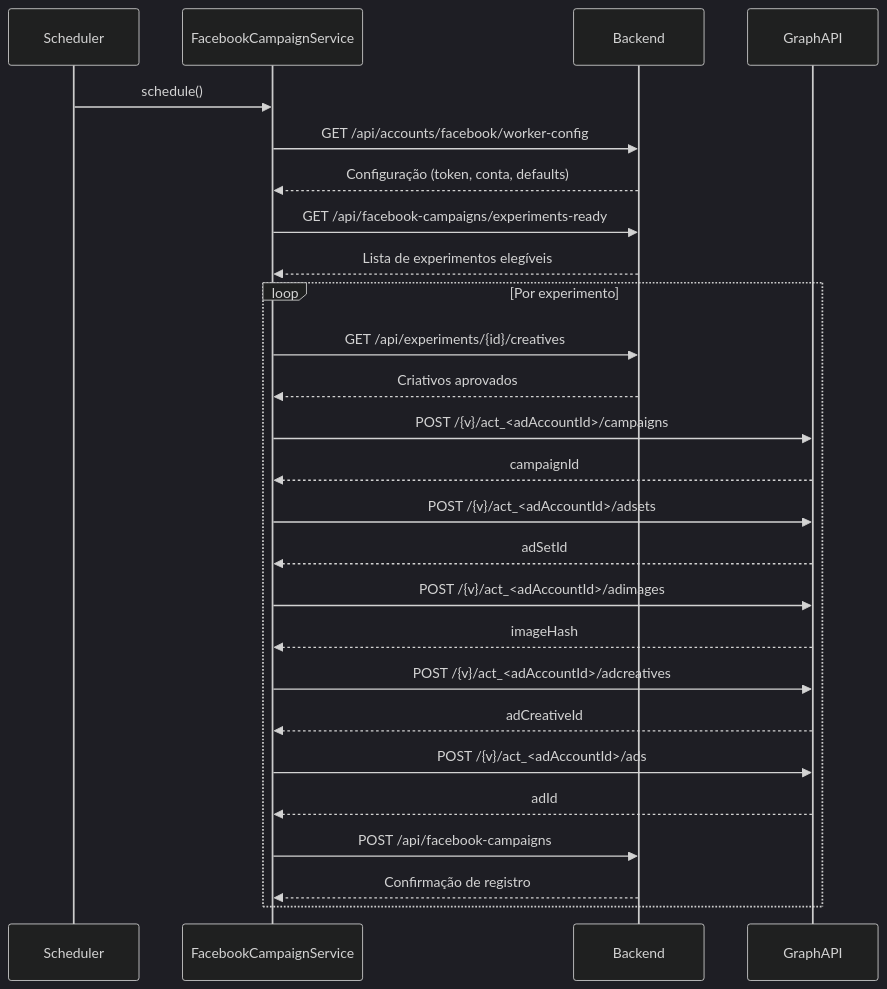
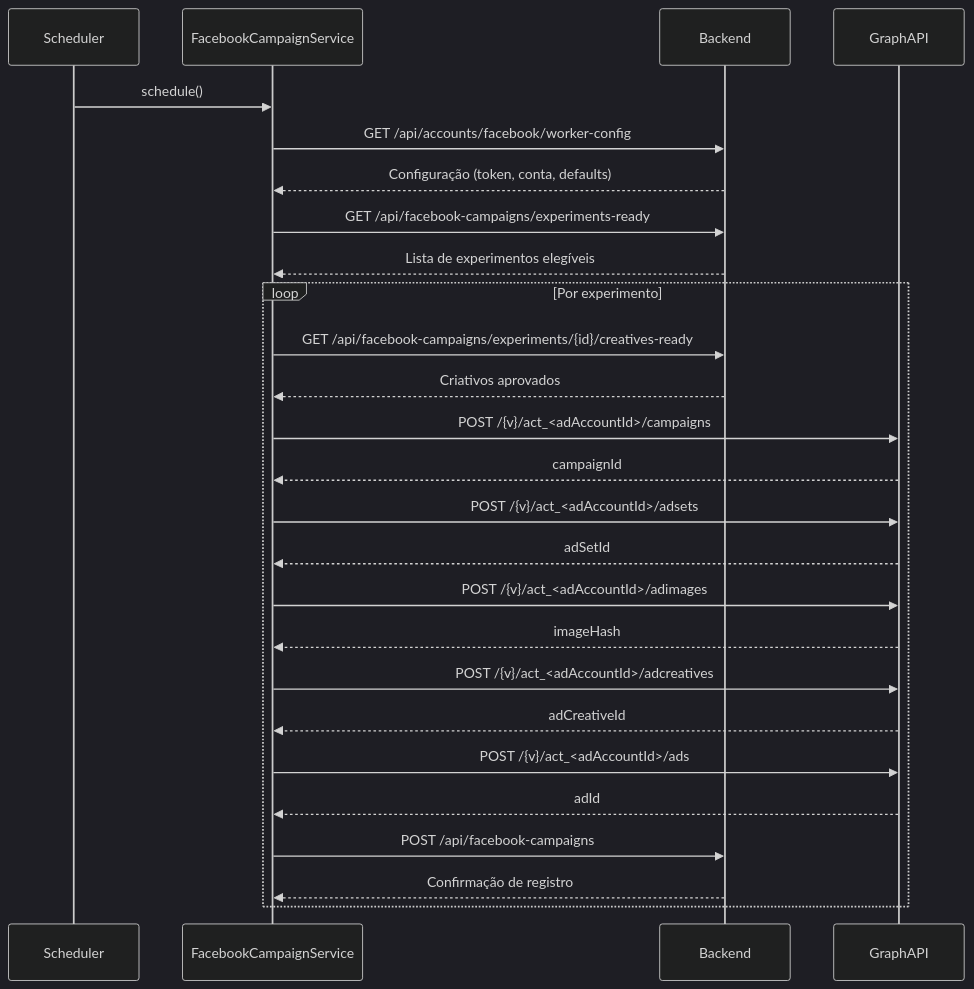
Before and after one commit to paulofor/marketing-hub: the first of 2 diagrams in docs/facebook-ads-worker/endpoint-flow.md, drawn with Mermaid (dark theme). The commit also changed other lines of this file and 8 other files, not shown here.

````diff
--- a/docs/facebook-ads-worker/endpoint-flow.md
+++ b/docs/facebook-ads-worker/endpoint-flow.md
@@ -43,29 +43,29 @@
 ```mermaid
 sequenceDiagram
     participant Scheduler
     participant Worker as FacebookCampaignService
     participant Backend
     participant GraphAPI
 
     Scheduler->>Worker: schedule()
     Worker->>Backend: GET /api/accounts/facebook/worker-config
     Backend-->>Worker: Configuração (token, conta, defaults)
     Worker->>Backend: GET /api/facebook-campaigns/experiments-ready
     Backend-->>Worker: Lista de experimentos elegíveis
     loop Por experimento
-        Worker->>Backend: GET /api/experiments/{id}/creatives
+        Worker->>Backend: GET /api/facebook-campaigns/experiments/{id}/creatives-ready
         Backend-->>Worker: Criativos aprovados
         Worker->>GraphAPI: POST /{v}/act_<adAccountId>/campaigns
         GraphAPI-->>Worker: campaignId
         Worker->>GraphAPI: POST /{v}/act_<adAccountId>/adsets
         GraphAPI-->>Worker: adSetId
         Worker->>GraphAPI: POST /{v}/act_<adAccountId>/adimages
         GraphAPI-->>Worker: imageHash
         Worker->>GraphAPI: POST /{v}/act_<adAccountId>/adcreatives
         GraphAPI-->>Worker: adCreativeId
         Worker->>GraphAPI: POST /{v}/act_<adAccountId>/ads
         GraphAPI-->>Worker: adId
         Worker->>Backend: POST /api/facebook-campaigns
         Backend-->>Worker: Confirmação de registro
     end
 ```
````
